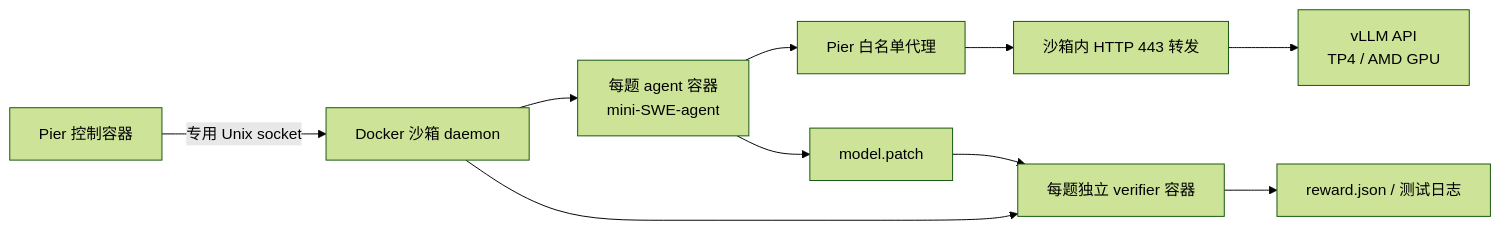
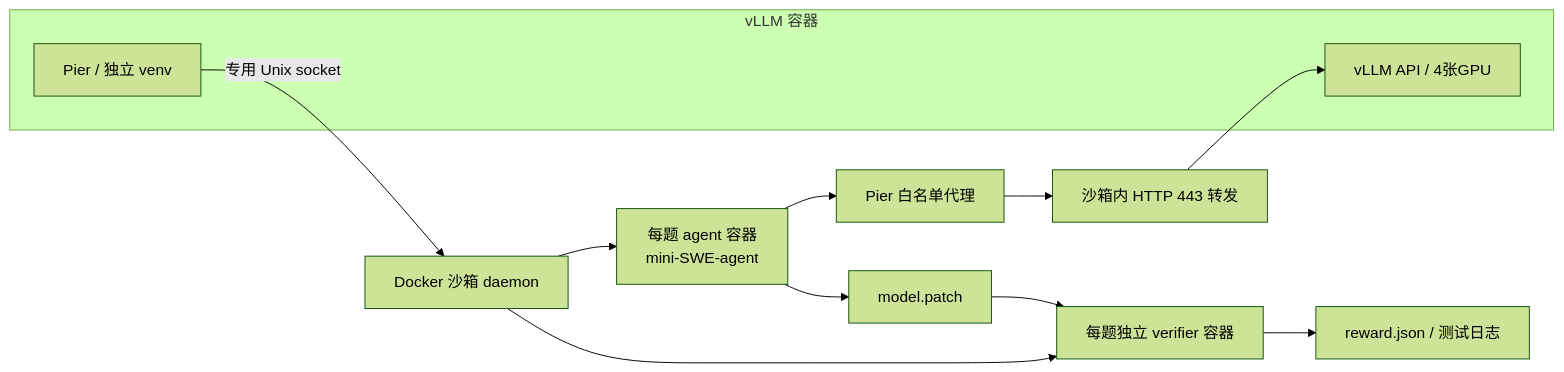
Before and after one commit to wangjiaxin99/minimax-m3.1-deepswe: the diagram in README.md, drawn with Mermaid (forest theme). The commit also changed other lines of this file and 10 other files, not shown here.

Commit message:
Install Pier in the vLLM image and document sandbox storage

````diff
--- a/README.md
+++ b/README.md
@@ -46,12 +46,16 @@
 ```mermaid
 flowchart LR
-    P[Pier 控制容器] -->|专用 Unix socket| D[Docker 沙箱 daemon]
+    subgraph engine["vLLM 容器"]
+      P["Pier / 独立 venv"]
+      S["vLLM API / 4张GPU"]
+    end
+    P -->|专用 Unix socket| D[Docker 沙箱 daemon]
     D --> A[每题 agent 容器\nmini-SWE-agent]
     D --> V[每题独立 verifier 容器]
     A --> Q[Pier 白名单代理]
     Q --> G[沙箱内 HTTP 443 转发]
-    G --> S[vLLM API\nTP4 / AMD GPU]
+    G --> S
     A --> F[model.patch]
     F --> V
     V --> R[reward.json / 测试日志]
 ```
````
